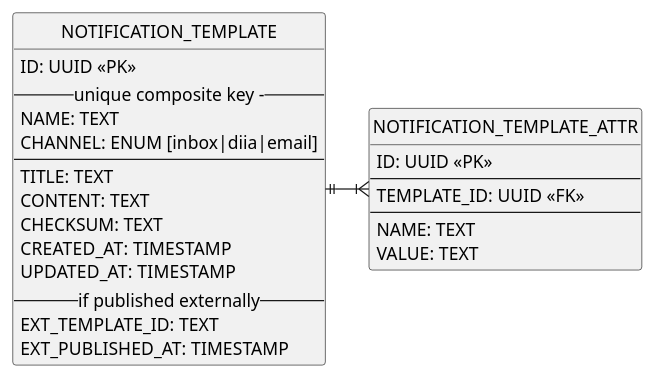
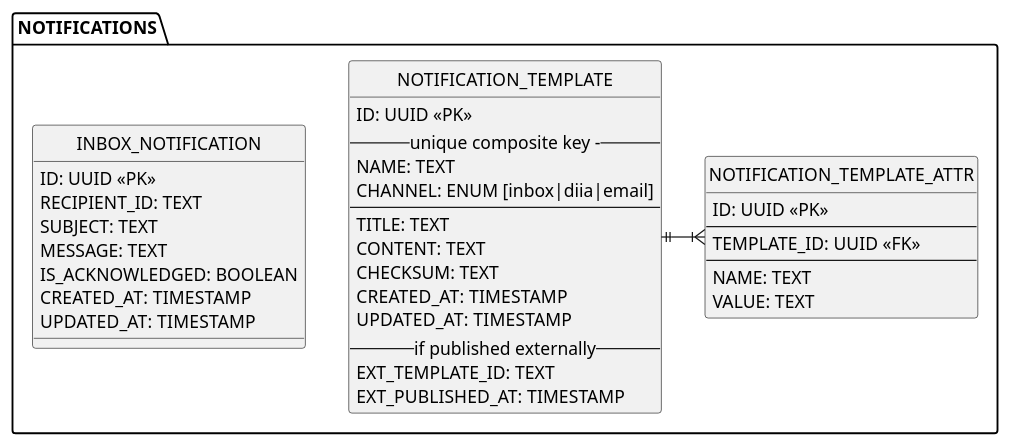
The diagram in modules/tech/pages/lowcode/notifications/user-notifications-database-schema.adoc (epam/edp-ddm-architecture), drawn with PlantUML before and after one commit. The commit also changed other lines of this file and 10 other files, not shown here.

Commit message:
[MDTUDDM-4731] YZ: Sending in-app notifications to Inbox design

```diff
--- a/modules/tech/pages/lowcode/notifications/user-notifications-database-schema.adoc
+++ b/modules/tech/pages/lowcode/notifications/user-notifications-database-schema.adoc
@@ -7,31 +9,43 @@
 [plantuml]
 ----
 hide circle
 
-entity "NOTIFICATION_TEMPLATE" as notification_template {
-    ID: UUID <<PK>>
-    -- unique composite key ---
-    NAME: TEXT
-    CHANNEL: ENUM [inbox|diia|email]
-    --
-    TITLE: TEXT
-    CONTENT: TEXT
-    CHECKSUM: TEXT
-    CREATED_AT: TIMESTAMP
-    UPDATED_AT: TIMESTAMP
-    -- if published externally --
-    EXT_TEMPLATE_ID: TEXT
-    EXT_PUBLISHED_AT: TIMESTAMP
+package "NOTIFICATIONS" as notifications {
+    entity "NOTIFICATION_TEMPLATE" as notification_template {
+        ID: UUID <<PK>>
+        -- unique composite key ---
+        NAME: TEXT
+        CHANNEL: ENUM [inbox|diia|email]
+        --
+        TITLE: TEXT
+        CONTENT: TEXT
+        CHECKSUM: TEXT
+        CREATED_AT: TIMESTAMP
+        UPDATED_AT: TIMESTAMP
+        -- if published externally --
+        EXT_TEMPLATE_ID: TEXT
+        EXT_PUBLISHED_AT: TIMESTAMP
+    }
+
+    entity "NOTIFICATION_TEMPLATE_ATTR" as notification_template_attr {
+        ID: UUID <<PK>>
+        --
+        TEMPLATE_ID: UUID <<FK>>
+        --
+        NAME: TEXT
+        VALUE: TEXT
+    }
+
+  entity "INBOX_NOTIFICATION" as inbox_notification {
+        ID: UUID <<PK>>
+        RECIPIENT_ID: TEXT
+        SUBJECT: TEXT
+        MESSAGE: TEXT
+        IS_ACKNOWLEDGED: BOOLEAN
+        CREATED_AT: TIMESTAMP
+        UPDATED_AT: TIMESTAMP
+  }
+
+  notification_template ||-|{ notification_template_attr
 }
-
-entity "NOTIFICATION_TEMPLATE_ATTR" as notification_template_attr {
-    ID: UUID <<PK>>
-    --
-    TEMPLATE_ID: UUID <<FK>>
-    --
-    NAME: TEXT
-    VALUE: TEXT
-}
-
-notification_template ||-|{ notification_template_attr
 ----
```
